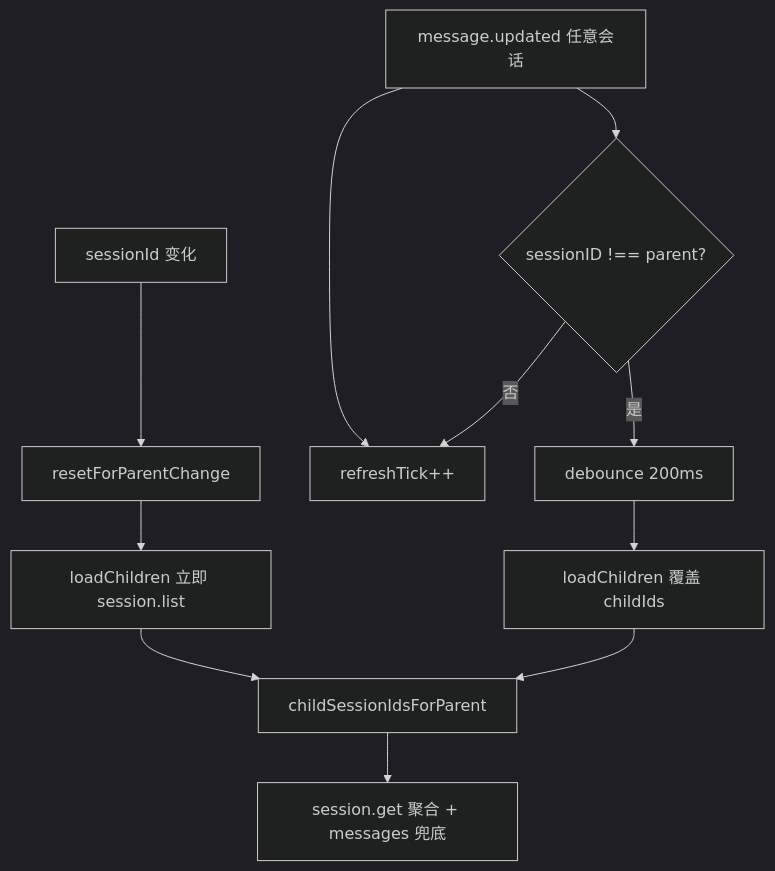
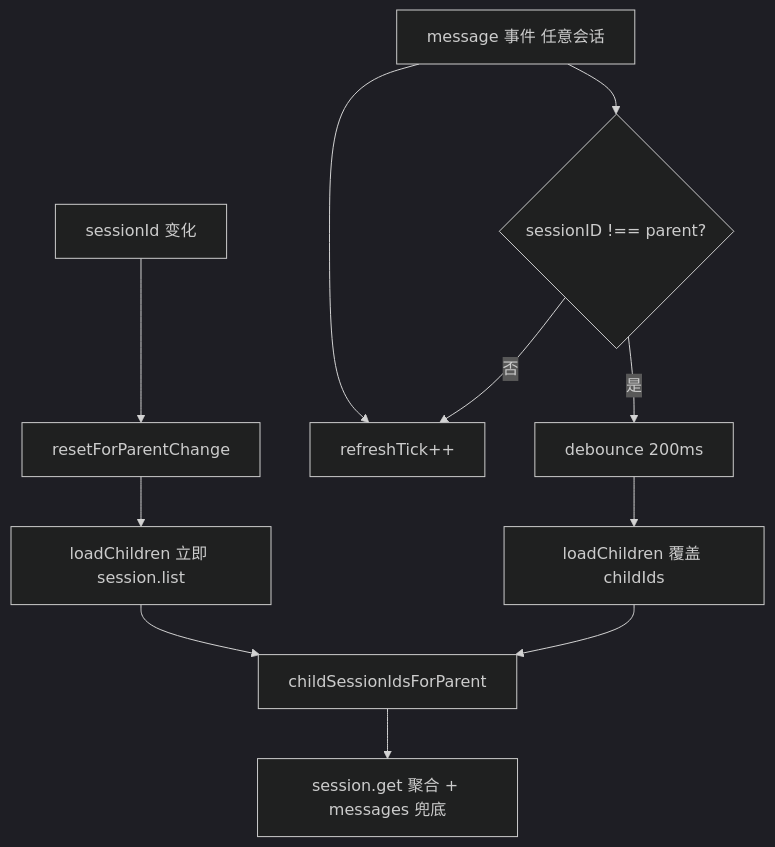
The third of 4 diagrams in docs/zh-CN/design.md (devnakx/opencode-cache-hit), drawn with Mermaid (dark theme) before and after one commit. The commit also changed other lines of this file and 55 other files, not shown here.

````diff
--- a/docs/zh-CN/design.md
+++ b/docs/zh-CN/design.md
@@ -129,13 +168,13 @@
 ```mermaid
 flowchart TD
   A[sessionId 变化] --> B[resetForParentChange]
   B --> C[loadChildren 立即 session.list]
-  E[message.updated 任意会话] --> R[refreshTick++]
+  E[message 事件 任意会话] --> R[refreshTick++]
   E --> F{sessionID !== parent?}
   F -->|是| G[debounce 200ms]
   G --> C2[loadChildren 覆盖 childIds]
   F -->|否| R
   C --> H[childSessionIdsForParent]
   C2 --> H
   H --> I["session.get 聚合 + messages 兜底"]
 ```
````
